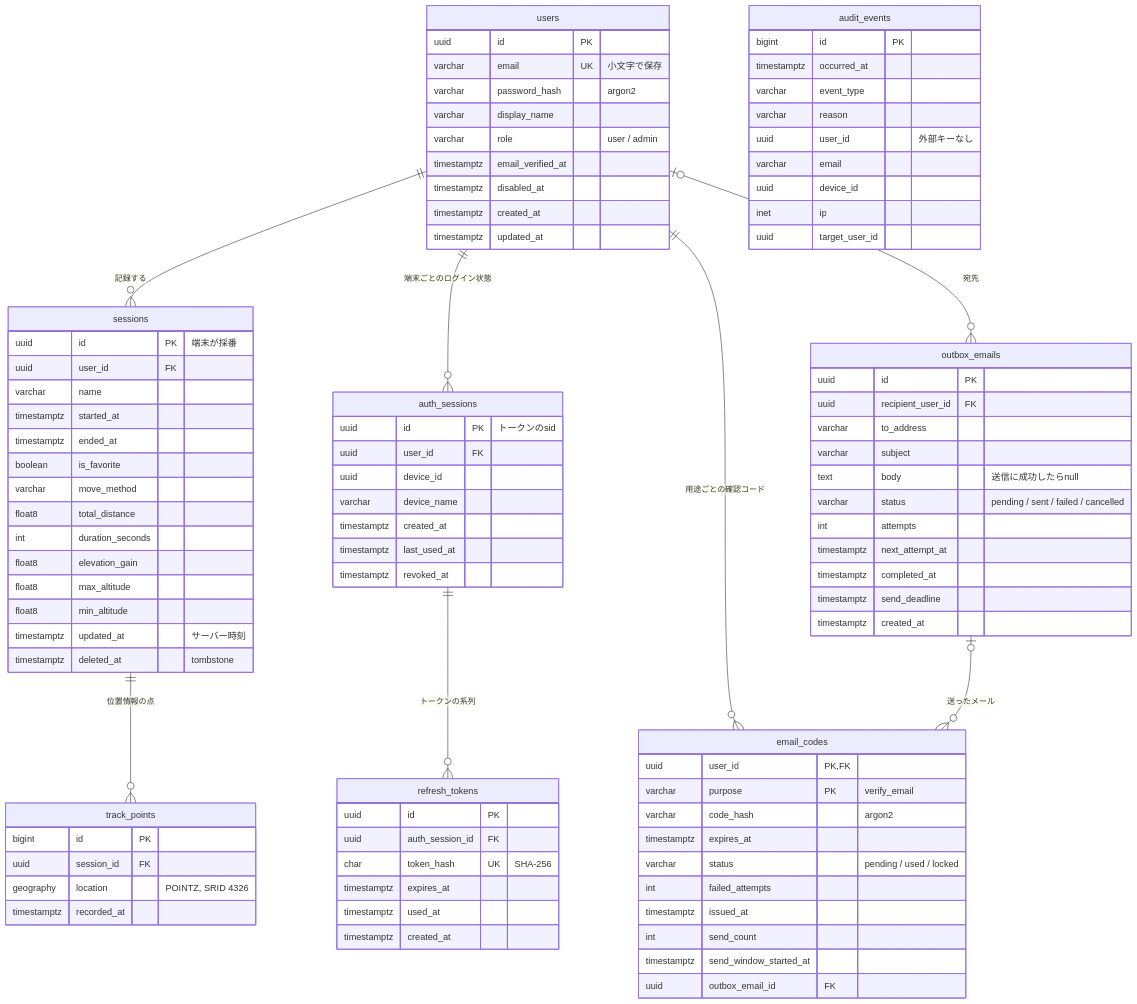
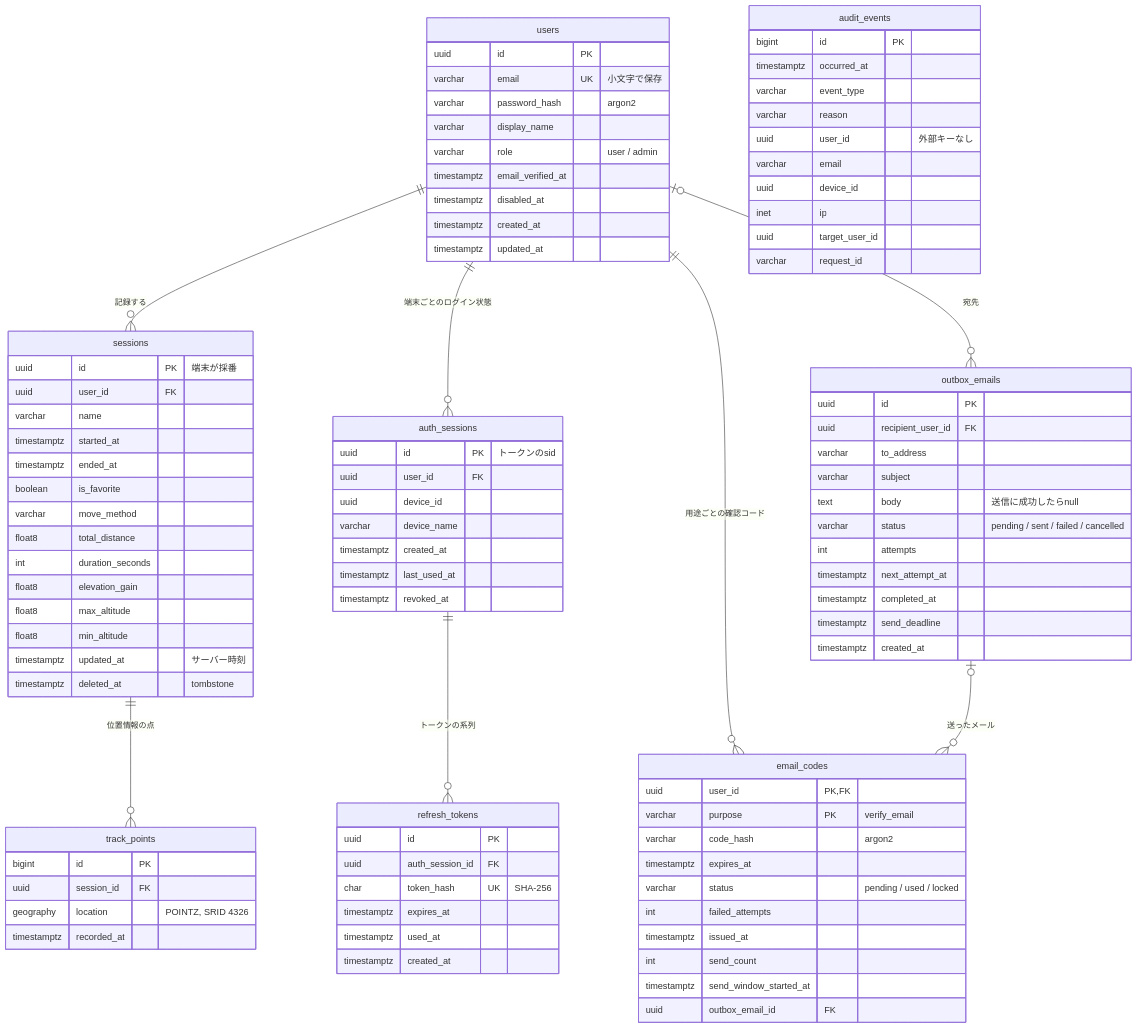
The first of 3 diagrams in docs/basic-design/data.md (Yoshinori-Oda/osampo-tracker), drawn with Mermaid before and after one commit. The commit also changed 18 other files, not shown here.

````diff
--- a/docs/basic-design/data.md
+++ b/docs/basic-design/data.md
@@ -114,5 +114,6 @@
         uuid device_id
         inet ip
         uuid target_user_id
+        varchar request_id
     }
 ```
````
